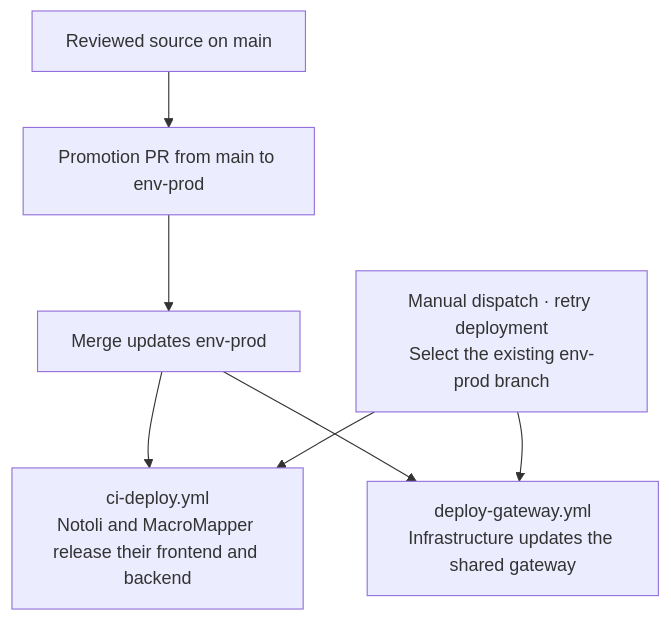
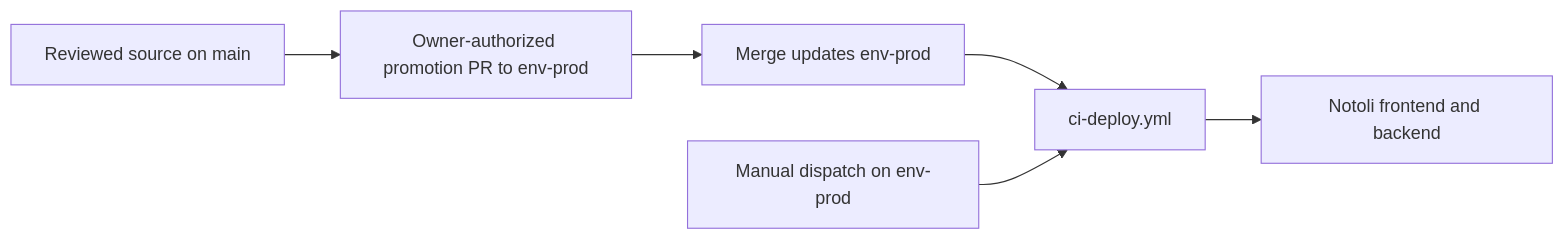
One commit to VanillaIceCube/Notoli changed the fourth of 4 diagrams in .github/workflows/README.md. Above: the diagram before and after it, drawn with Mermaid. The commit also changed other lines of this file and 116 other files, not shown here.

````diff
--- a/.github/workflows/README.md
+++ b/.github/workflows/README.md
@@ -719,11 +101,8 @@
 ```mermaid
-flowchart TD
-    MAIN["Reviewed source on main"]
-    PROMOTE["Promotion PR from main to env-prod"]
-    PUSH["Merge updates env-prod"]
-    MANUAL["Manual dispatch · retry deployment<br/>Select the existing env-prod branch"]
-    APP["ci-deploy.yml<br/>Notoli and MacroMapper release their frontend and backend"]
-    INFRA["deploy-gateway.yml<br/>Infrastructure updates the shared gateway"]
-    MAIN --> PROMOTE --> PUSH
-    PUSH & MANUAL --> APP & INFRA
+flowchart LR
+    MAIN["Reviewed source on main"] --> PR["Owner-authorized promotion PR to env-prod"]
+    PR --> PUSH["Merge updates env-prod"]
+    PUSH --> DEPLOY["ci-deploy.yml"]
+    RETRY["Manual dispatch on env-prod"] --> DEPLOY
+    DEPLOY --> TARGET["Notoli frontend and backend"]
 ```
````
